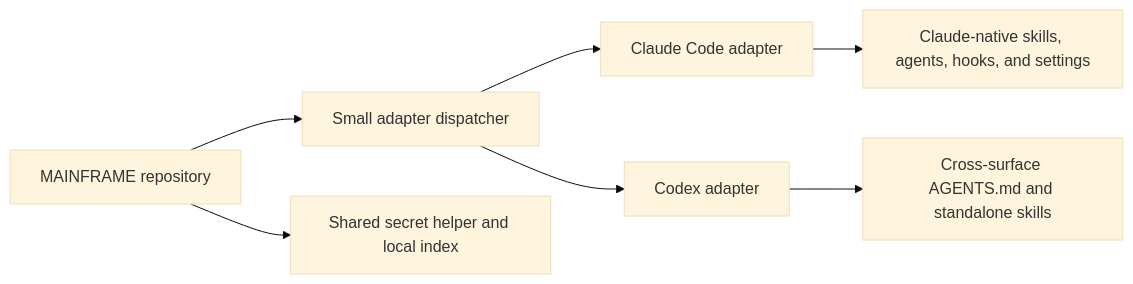
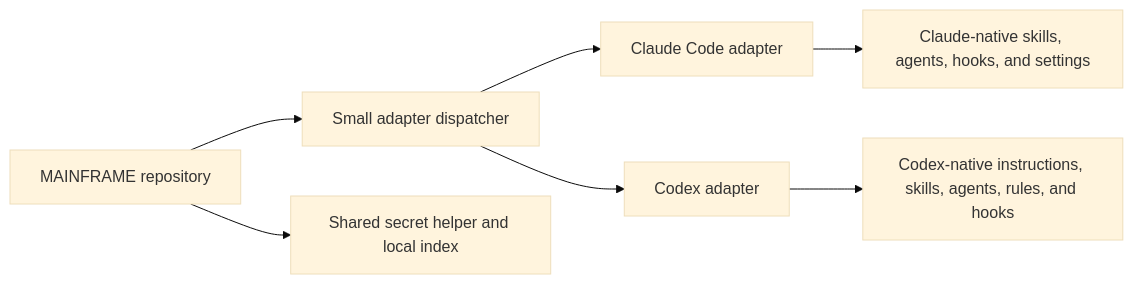
One commit to CATWILLgh/MAINFRAME changed the diagram in README.md. Above: the diagram before and after it, drawn with Mermaid (base theme). The commit also changed other lines of this file and 32 other files, not shown here.

Commit message:
feat(codex): add native hook safeguards

````diff
--- a/README.md
+++ b/README.md
@@ -51,9 +51,9 @@
 ```mermaid
 flowchart LR
     R["MAINFRAME repository"] --> D["Small adapter dispatcher"]
     D --> C["Claude Code adapter"]
     D --> X["Codex adapter"]
     C --> P["Claude-native skills, agents, hooks, and settings"]
-    X --> B["Cross-surface AGENTS.md and standalone skills"]
+    X --> B["Codex-native instructions, skills, agents, rules, and hooks"]
     R --> S["Shared secret helper and local index"]
 ```
````
